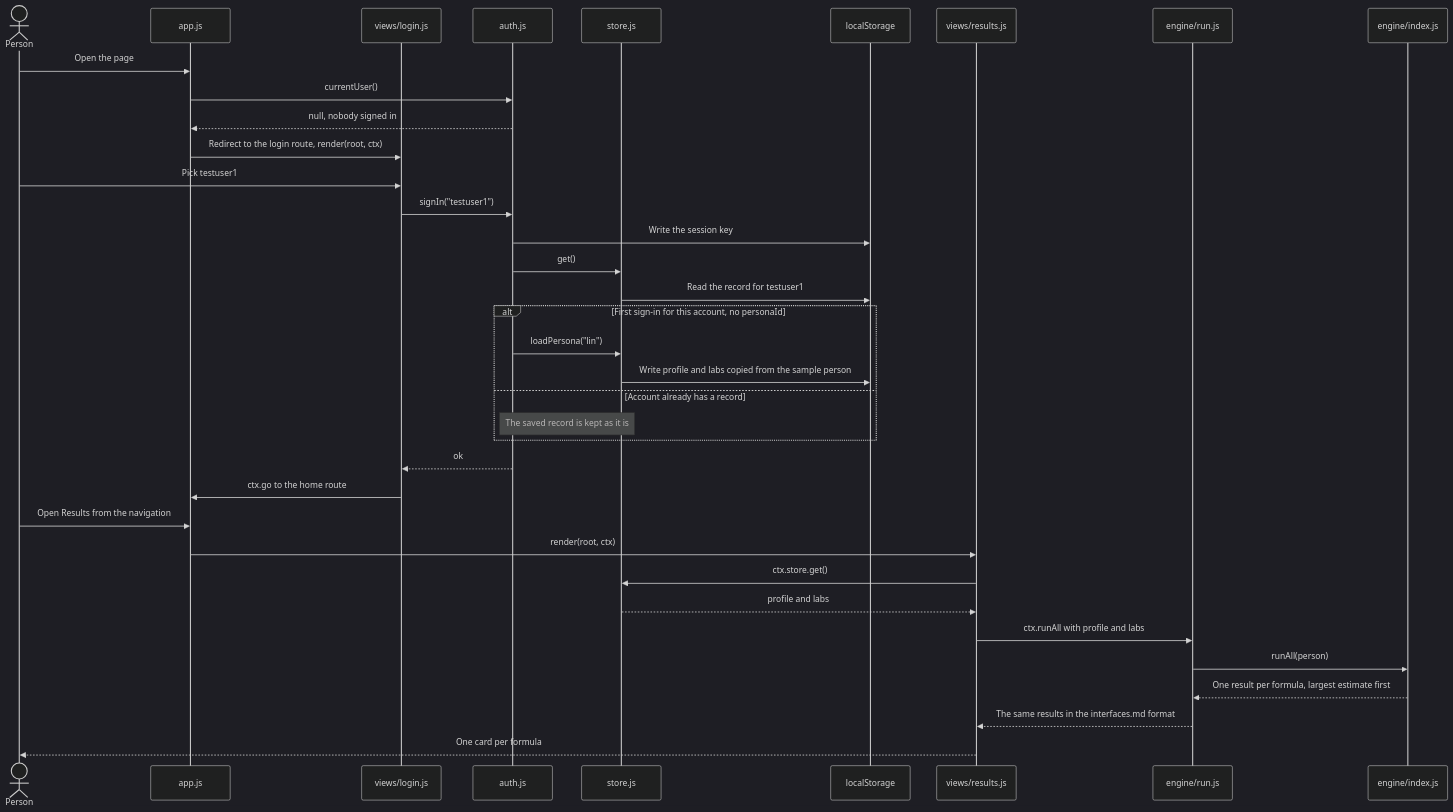
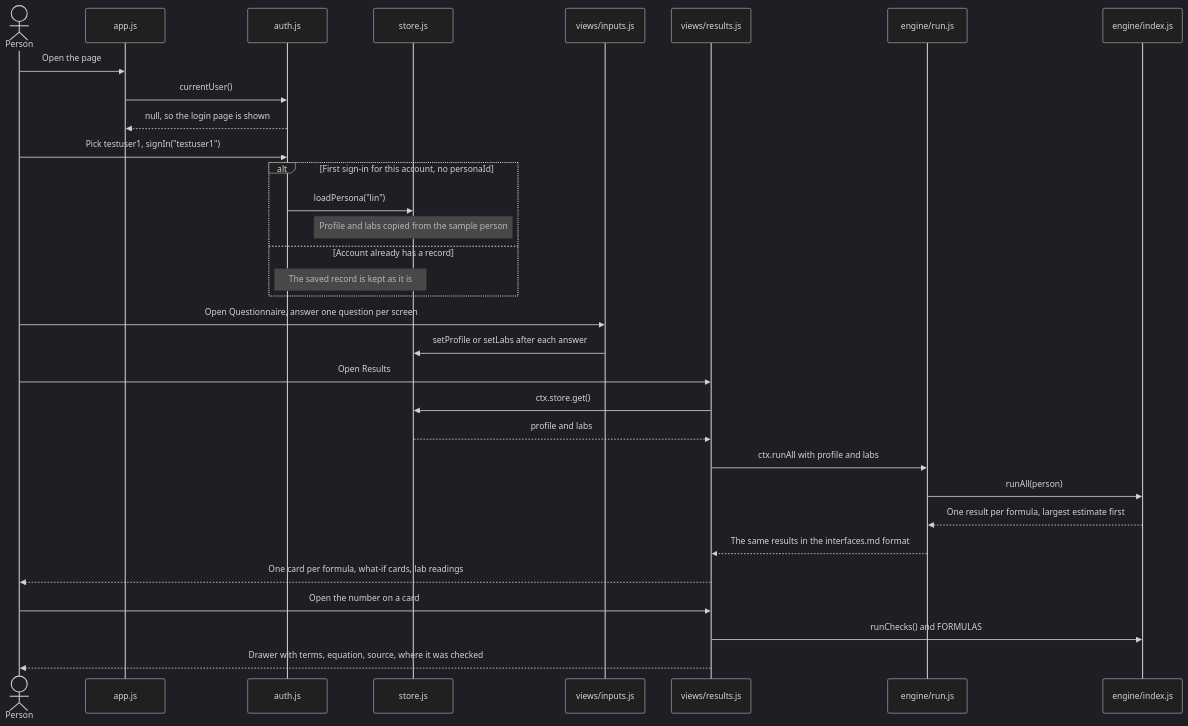
Before and after one commit to tingwei161803/unify-risk: the fifth of 8 diagrams in docs/architecture.md, drawn with Mermaid (dark theme). The commit also changed other lines of this file and 1 other file, not shown here.

First line of the commit message:
Bring the architecture overview up to date with main

````diff
--- a/docs/architecture.md
+++ b/docs/architecture.md
@@ -195,39 +274,35 @@
 ```mermaid
 sequenceDiagram
     actor Person
     participant Router as app.js
-    participant Login as views/login.js
     participant Auth as auth.js
     participant Store as store.js
-    participant LS as localStorage
+    participant Inputs as views/inputs.js
     participant Results as views/results.js
     participant Run as engine/run.js
     participant Engine as engine/index.js
 
     Person->>Router: Open the page
     Router->>Auth: currentUser()
-    Auth-->>Router: null, nobody signed in
-    Router->>Login: Redirect to the login route, render(root, ctx)
-    Person->>Login: Pick testuser1
-    Login->>Auth: signIn("testuser1")
-    Auth->>LS: Write the session key
-    Auth->>Store: get()
-    Store->>LS: Read the record for testuser1
+    Auth-->>Router: null, so the login page is shown
+    Person->>Auth: Pick testuser1, signIn("testuser1")
     alt First sign-in for this account, no personaId
         Auth->>Store: loadPersona("lin")
-        Store->>LS: Write profile and labs copied from the sample person
+        Note over Store: Profile and labs copied from the sample person
     else Account already has a record
         Note over Auth,Store: The saved record is kept as it is
     end
-    Auth-->>Login: ok
-    Login->>Router: ctx.go to the home route
-    Person->>Router: Open Results from the navigation
-    Router->>Results: render(root, ctx)
+    Person->>Inputs: Open Questionnaire, answer one question per screen
+    Inputs->>Store: setProfile or setLabs after each answer
+    Person->>Results: Open Results
     Results->>Store: ctx.store.get()
     Store-->>Results: profile and labs
     Results->>Run: ctx.runAll with profile and labs
     Run->>Engine: runAll(person)
     Engine-->>Run: One result per formula, largest estimate first
     Run-->>Results: The same results in the interfaces.md format
-    Results-->>Person: One card per formula
+    Results-->>Person: One card per formula, what-if cards, lab readings
+    Person->>Results: Open the number on a card
+    Results->>Engine: runChecks() and FORMULAS
+    Results-->>Person: Drawer with terms, equation, source, where it was checked
 ```
````
